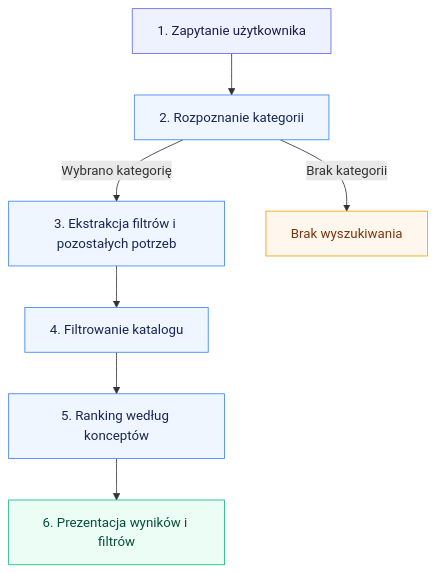
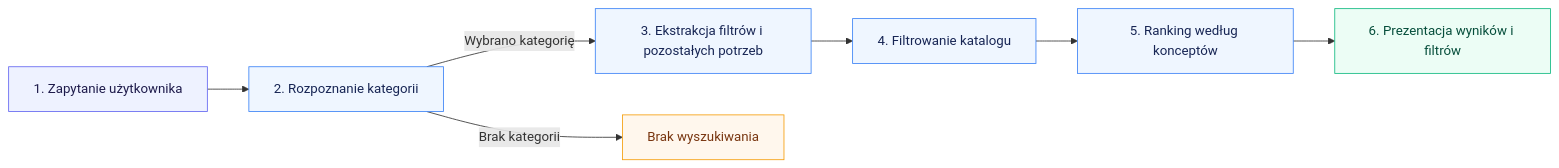
Before and after one commit to JakubRybak/inzynierka: the second of 2 diagrams in 02_Rybak_Sulowski.md, drawn with Mermaid. The commit also changed other lines of this file and 1 other file, not shown here.

````diff
--- a/02_Rybak_Sulowski.md
+++ b/02_Rybak_Sulowski.md
@@ -53,17 +56,17 @@
 ```mermaid
-flowchart TD
+flowchart LR
     A["1. Zapytanie użytkownika"] --> B["2. Rozpoznanie kategorii"]
     B -->|Wybrano kategorię| C["3. Ekstrakcja filtrów i pozostałych potrzeb"]
     B -->|Brak kategorii| H["Brak wyszukiwania"]
     C --> D["4. Filtrowanie katalogu"]
     D --> E["5. Ranking według konceptów"]
     E --> F["6. Prezentacja wyników i filtrów"]
     classDef input fill:#eef2ff,stroke:#6366f1,color:#1e1b4b;
     classDef process fill:#eff6ff,stroke:#3b82f6,color:#172554;
     classDef output fill:#ecfdf5,stroke:#10b981,color:#064e3b;
     classDef stop fill:#fff7ed,stroke:#f59e0b,color:#78350f;
     class A input;
     class B,C,D,E process;
     class F output;
     class H stop;
 ```
````
